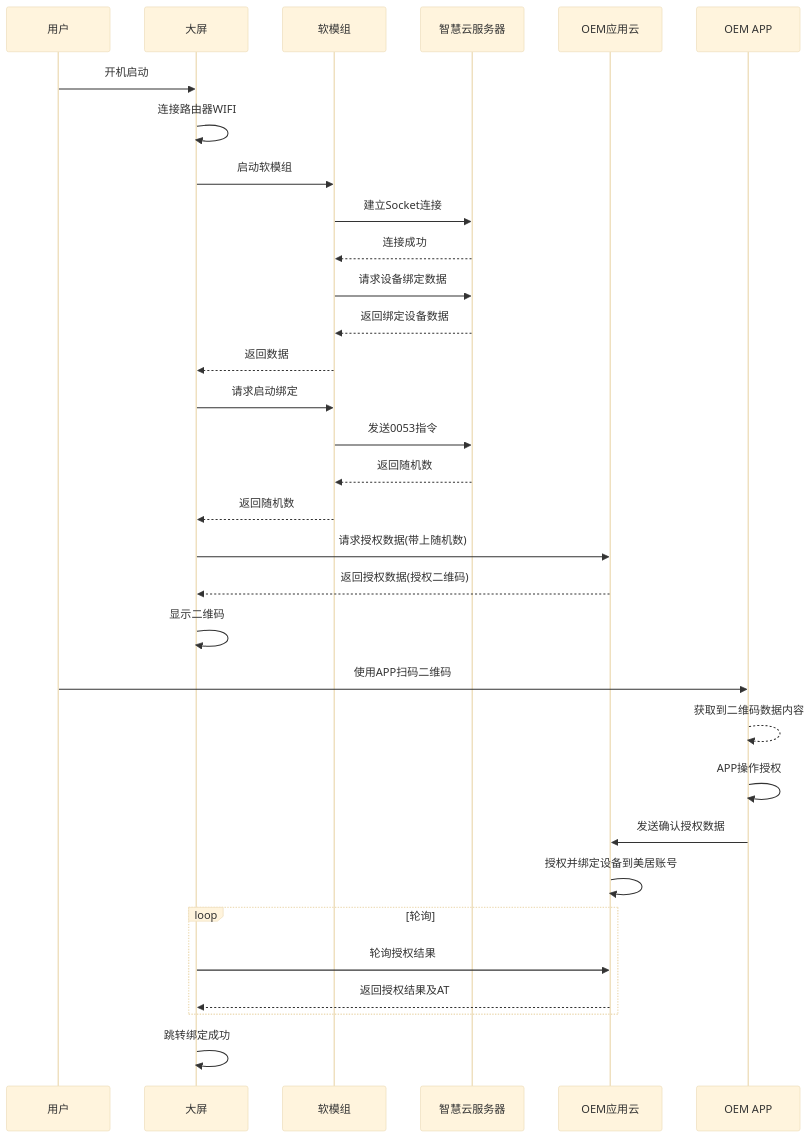
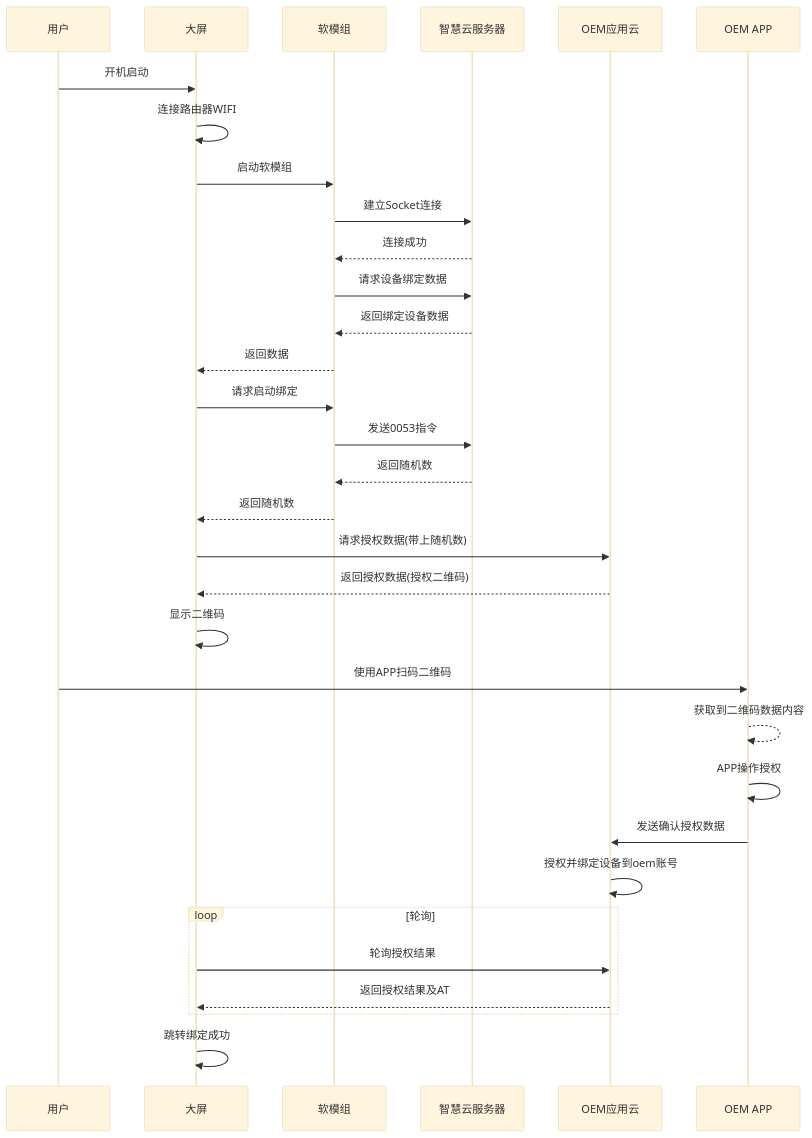
Before and after one commit to ixiaoyang8/iodraw-files: the diagram in all/oem大屏扫码0053.md, drawn with Mermaid (base theme).

Commit message:
2026-09-17 11:38:35 update

````diff
--- a/all/oem大屏扫码0053.md
+++ b/all/oem大屏扫码0053.md
@@ -1,36 +1,36 @@
 ```mermaid
 sequenceDiagram
     participant U as 用户
     participant D as 大屏
     participant M as 软模组
     participant S as 智慧云服务器
     participant A as OEM应用云
     participant P as OEM APP
 
     U->>D: 开机启动
     D->>D: 连接路由器WIFI
     D->>M: 启动软模组
     M->>S: 建立Socket连接
     S-->>M: 连接成功
     M->>S: 请求设备绑定数据
     S-->>M: 返回绑定设备数据
     M-->>D: 返回数据
     D->>M: 请求启动绑定
     M->>S: 发送0053指令
     S-->>M: 返回随机数
     M-->>D: 返回随机数
     D->>A: 请求授权数据(带上随机数)
     A-->>D: 返回授权数据(授权二维码)
     D->>D: 显示二维码
     U->>P: 使用APP扫码二维码
     P-->>P: 获取到二维码数据内容
     P->>P: APP操作授权
     P->>A: 发送确认授权数据
-    A->>A: 授权并绑定设备到美居账号
+    A->>A: 授权并绑定设备到oem账号
     loop 轮询
         D->>A: 轮询授权结果
         A-->>D: 返回授权结果及AT
     end
     D->>D: 跳转绑定成功
 
 ```
````
